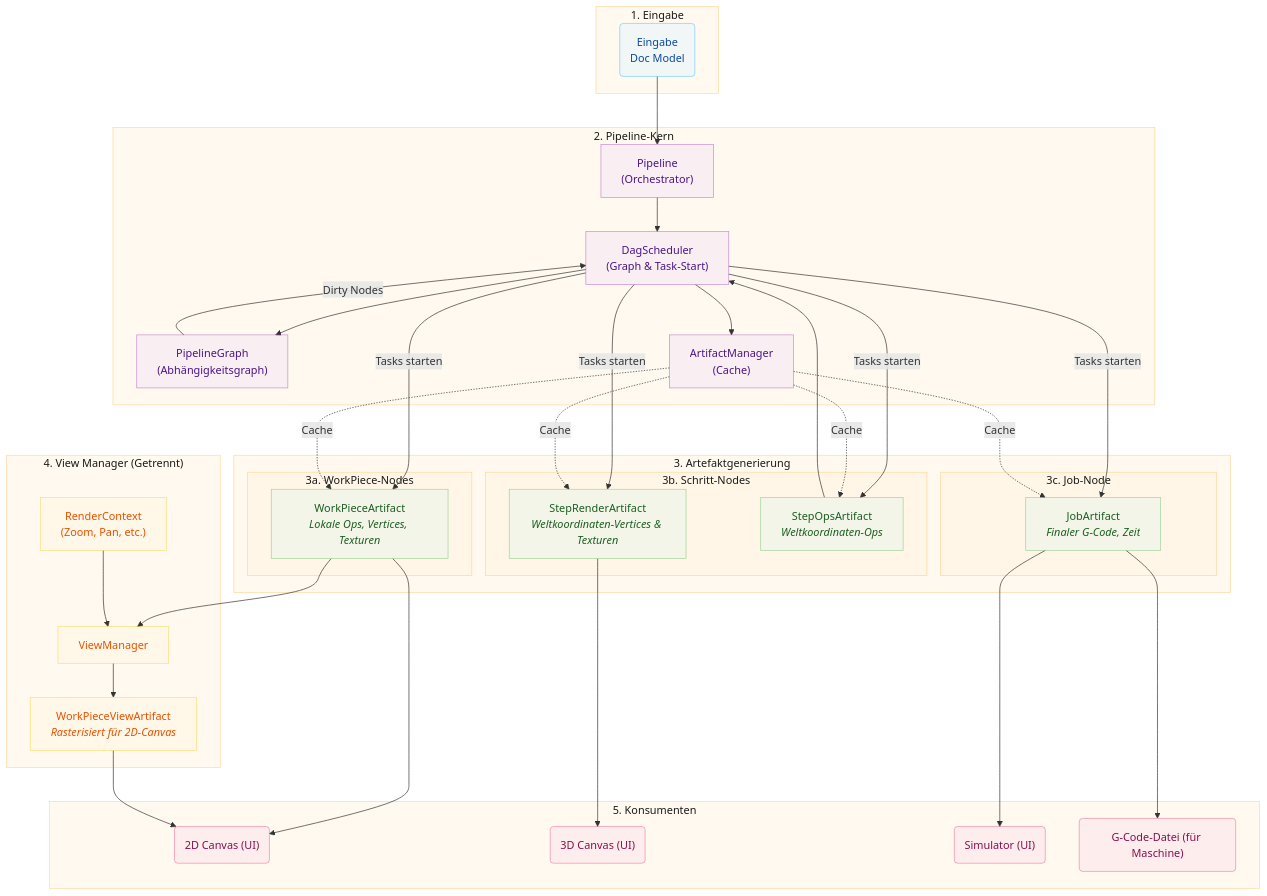
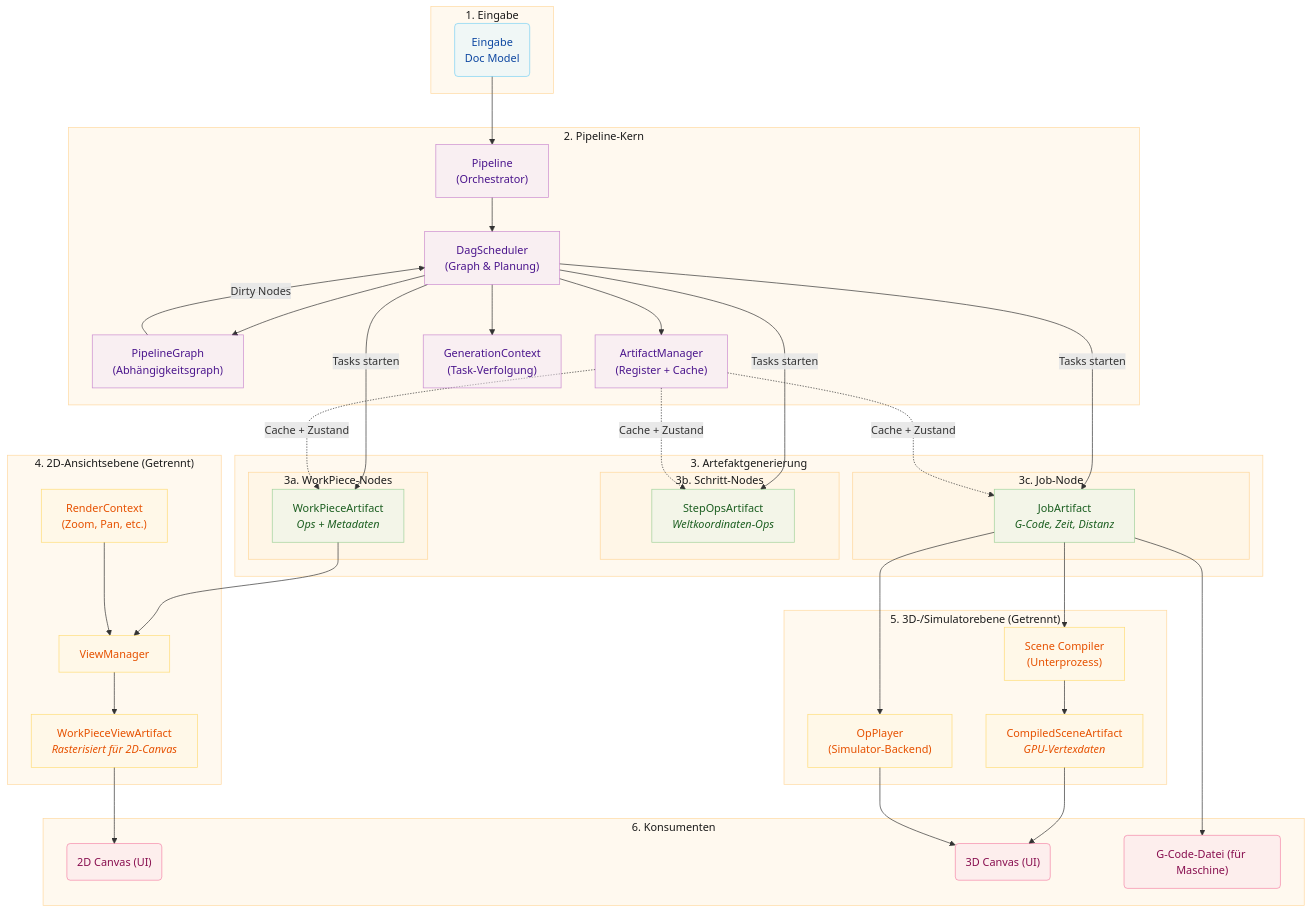
One commit to yuri-schmaltz/my-rayforge changed the diagram in website/i18n/de/docusaurus-plugin-content-docs/current/developer/pipeline.md. Above: the diagram before and after it, drawn with Mermaid. The commit also changed other lines of this file and 8 other files, not shown here.

````diff
--- a/website/i18n/de/docusaurus-plugin-content-docs/current/developer/pipeline.md
+++ b/website/i18n/de/docusaurus-plugin-content-docs/current/developer/pipeline.md
@@ -10,36 +15,41 @@
 
     subgraph PipelineCore["2. Pipeline-Kern"]
         Pipeline["Pipeline<br/>(Orchestrator)"]
-        DAG["DagScheduler<br/>(Graph & Task-Start)"]
+        DAG["DagScheduler<br/>(Graph & Planung)"]
         Graph["PipelineGraph<br/>(Abhängigkeitsgraph)"]
-        AM["ArtifactManager<br/>(Cache)"]
+        AM["ArtifactManager<br/>(Register + Cache)"]
+        GC["GenerationContext<br/>(Task-Verfolgung)"]
     end
 
     subgraph ArtifactGen["3. Artefaktgenerierung"]
         subgraph WorkPieceNodes["3a. WorkPiece-Nodes"]
-            WP["WorkPieceArtifact<br/><i>Lokale Ops, Vertices, Texturen</i>"]
+            WP["WorkPieceArtifact<br/><i>Ops + Metadaten</i>"]
         end
 
         subgraph StepNodes["3b. Schritt-Nodes"]
-            SR["StepRenderArtifact<br/><i>Weltkoordinaten-Vertices & Texturen</i>"]
             SO["StepOpsArtifact<br/><i>Weltkoordinaten-Ops</i>"]
         end
 
         subgraph JobNode["3c. Job-Node"]
-            JA["JobArtifact<br/><i>Finaler G-Code, Zeit</i>"]
+            JA["JobArtifact<br/><i>G-Code, Zeit, Distanz</i>"]
         end
     end
 
-    subgraph ViewMgr["4. View Manager (Getrennt)"]
+    subgraph View2D["4. 2D-Ansichtsebene (Getrennt)"]
         VM["ViewManager"]
-        VC["RenderContext<br/>(Zoom, Pan, etc.)"]
+        RC["RenderContext<br/>(Zoom, Pan, etc.)"]
         WV["WorkPieceViewArtifact<br/><i>Rasterisiert für 2D-Canvas</i>"]
     end
 
-    subgraph Consumers["5. Konsumenten"]
+    subgraph View3D["5. 3D-/Simulatorebene (Getrennt)"]
+        SC["Scene Compiler<br/>(Unterprozess)"]
+        CS["CompiledSceneArtifact<br/><i>GPU-Vertexdaten</i>"]
+        OP["OpPlayer<br/>(Simulator-Backend)"]
+    end
+
+    subgraph Consumers["6. Konsumenten"]
         Vis2D("2D Canvas (UI)")
         Vis3D("3D Canvas (UI)")
-        Simulator("Simulator (UI)")
         File("G-Code-Datei (für Maschine)")
     end
 
@@ -47,28 +57,29 @@
     Pipeline --> DAG
     DAG --> Graph
     DAG --> AM
+    DAG --> GC
 
     Graph -->|"Dirty Nodes"| DAG
     DAG -->|"Tasks starten"| WP
-    DAG -->|"Tasks starten"| SR
     DAG -->|"Tasks starten"| SO
     DAG -->|"Tasks starten"| JA
 
-    AM -.->|"Cache"| WP
-    AM -.->|"Cache"| SR
-    AM -.->|"Cache"| SO
-    AM -.->|"Cache"| JA
+    AM -.->|"Cache + Zustand"| WP
+    AM -.->|"Cache + Zustand"| SO
+    AM -.->|"Cache + Zustand"| JA
 
-    WP --> Vis2D
     WP --> VM
-    SR --> Vis3D
-    SO --> DAG
-    JA --> Simulator
+    JA --> SC
+    JA --> OP
     JA --> File
 
-    VC --> VM
+    RC --> VM
     VM --> WV
     WV --> Vis2D
+
+    SC --> CS
+    CS --> Vis3D
+    OP --> Vis3D
 
     classDef clusterBox fill:#fff3e080,stroke:#ffb74d80,stroke-width:1px,color:#1a1a1a
     classDef inputNode fill:#e1f5fe80,stroke:#03a9f480,color:#0d47a1
@@ -76,10 +87,10 @@
     classDef artifactNode fill:#e8f5e980,stroke:#4caf5080,color:#1b5e20
     classDef viewNode fill:#fff8e180,stroke:#ffc10780,color:#e65100
     classDef consumerNode fill:#fce4ec80,stroke:#e91e6380,color:#880e4f
-    class Input,PipelineCore,ArtifactGen,WorkPieceNodes,StepNodes,JobNode,ViewMgr,Consumers clusterBox
+    class Input,PipelineCore,ArtifactGen,WorkPieceNodes,StepNodes,JobNode,View2D,View3D,Consumers clusterBox
     class InputNode inputNode
-    class Pipeline,DAG,Graph,AM coreNode
-    class WP,SR,SO,JA artifactNode
-    class VM,VC,WV viewNode
-    class Vis2D,Vis3D,Simulator,File consumerNode
+    class Pipeline,DAG,Graph,AM,GC coreNode
+    class WP,SO,JA artifactNode
+    class VM,RC,WV,SC,CS,OP viewNode
+    class Vis2D,Vis3D,File consumerNode
 ```
````
